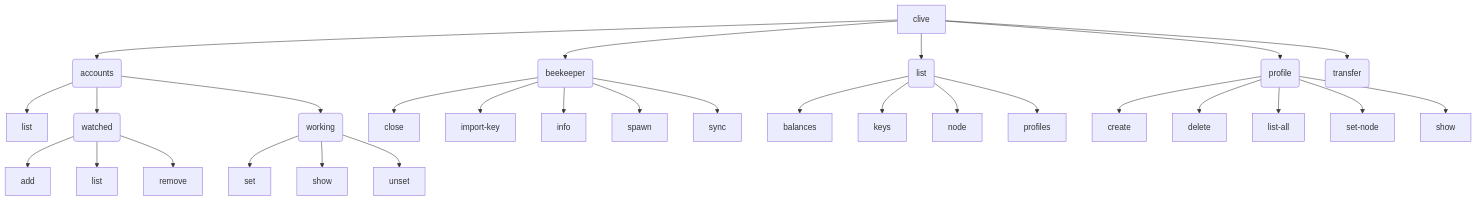
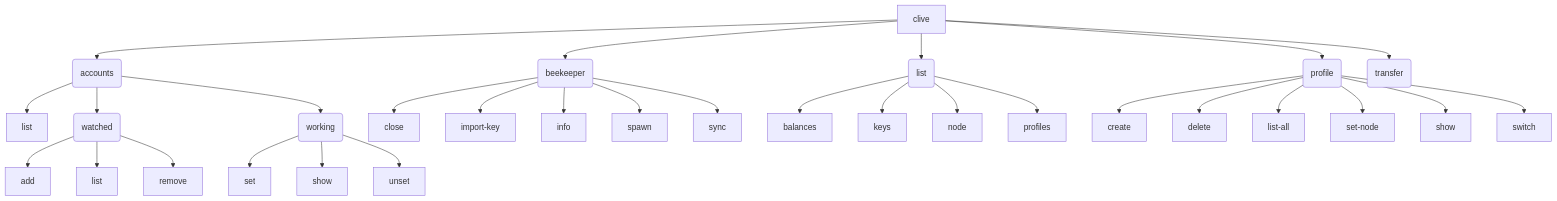
The diagram in clive/__private/cli/commands_structure.md (openhive-network/clive), drawn with Mermaid before and after one commit. The commit also changed 2 other files, not shown here.

Commit message:
Create `clive profile switch` command

````diff
--- a/clive/__private/cli/commands_structure.md
+++ b/clive/__private/cli/commands_structure.md
@@ -16,31 +16,32 @@
 ```mermaid
 flowchart TD
     Clive[clive] --> Accounts(accounts)
     Accounts --> AccountsList[list]
     Accounts --> AccountsWatched(watched)
     Accounts --> AccountsWorking(working)
     AccountsWatched --> AccountsWatchedAdd[add]
     AccountsWatched --> AccountsWatchedList[list]
     AccountsWatched --> AccountsWatchedRemove[remove]
     AccountsWorking --> AccountsWorkingSet[set]
     AccountsWorking --> AccountsWorkingShow[show]
     AccountsWorking --> AccountsWorkingUnset[unset]
     Clive --> Beekeeper(beekeeper)
     Beekeeper --> BeekeeperClose[close]
     Beekeeper --> BeekeeperImportKey[import-key]
     Beekeeper --> BeekeeperInfo[info]
     Beekeeper --> BeekeeperSpawn[spawn]
     Beekeeper --> BeekeeperSync[sync]
     Clive --> List(list)
     List --> ListBalances[balances]
     List --> ListKeys[keys]
     List --> ListNode[node]
     List --> ListProfiles[profiles]
     Clive --> Profile(profile)
     Profile --> ProfileCreate[create]
     Profile --> ProfileDelete[delete]
     Profile --> ProfileListAll[list-all]
     Profile --> ProfileSetNode[set-node]
     Profile --> ProfileShow[show]
+    Profile --> ProfileSwitch[switch]
     Clive --> Transfer(transfer)
 ```
````
